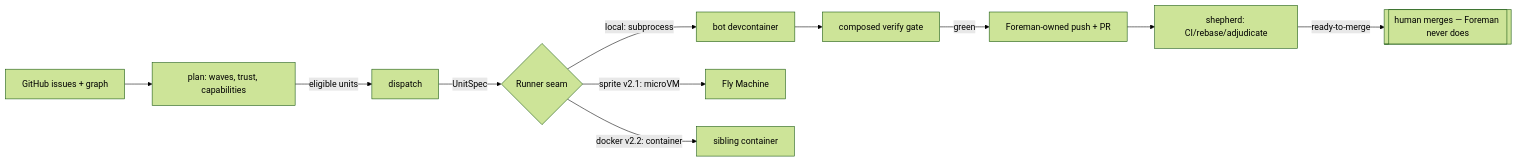
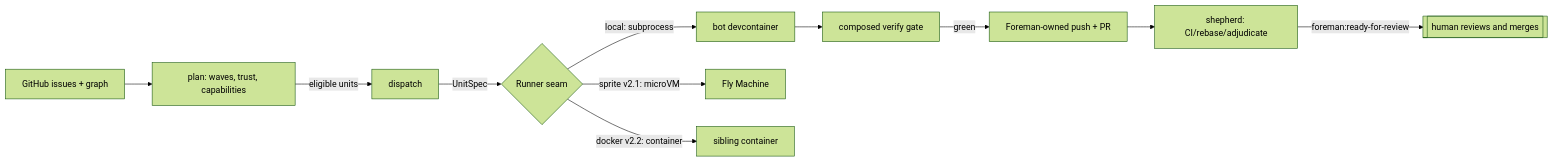
Before and after one commit to ponderousdev/foreman: the diagram in docs/architecture/README.md, drawn with Mermaid (forest theme). The commit also changed 16 other files, not shown here.

````diff
--- a/docs/architecture/README.md
+++ b/docs/architecture/README.md
@@ -16,13 +16,13 @@
 ```mermaid
 flowchart LR
     GH[GitHub issues + graph] --> PLAN[plan: waves, trust, capabilities]
     PLAN -->|eligible units| DISPATCH[dispatch]
     DISPATCH -->|UnitSpec| SEAM{Runner seam}
     SEAM -->|local: subprocess| LOCAL[bot devcontainer]
     SEAM -->|sprite v2.1: microVM| SPRITE[Fly Machine]
     SEAM -->|docker v2.2: container| DOCKER[sibling container]
     LOCAL --> GATE[composed verify gate]
     GATE -->|green| PUSH[Foreman-owned push + PR]
     PUSH --> SHEP[shepherd: CI/rebase/adjudicate]
-    SHEP -->|ready-to-merge| HUMAN[[human merges — Foreman never does]]
+    SHEP -->|foreman:ready-for-review| HUMAN[[human reviews and merges]]
 ```
````
